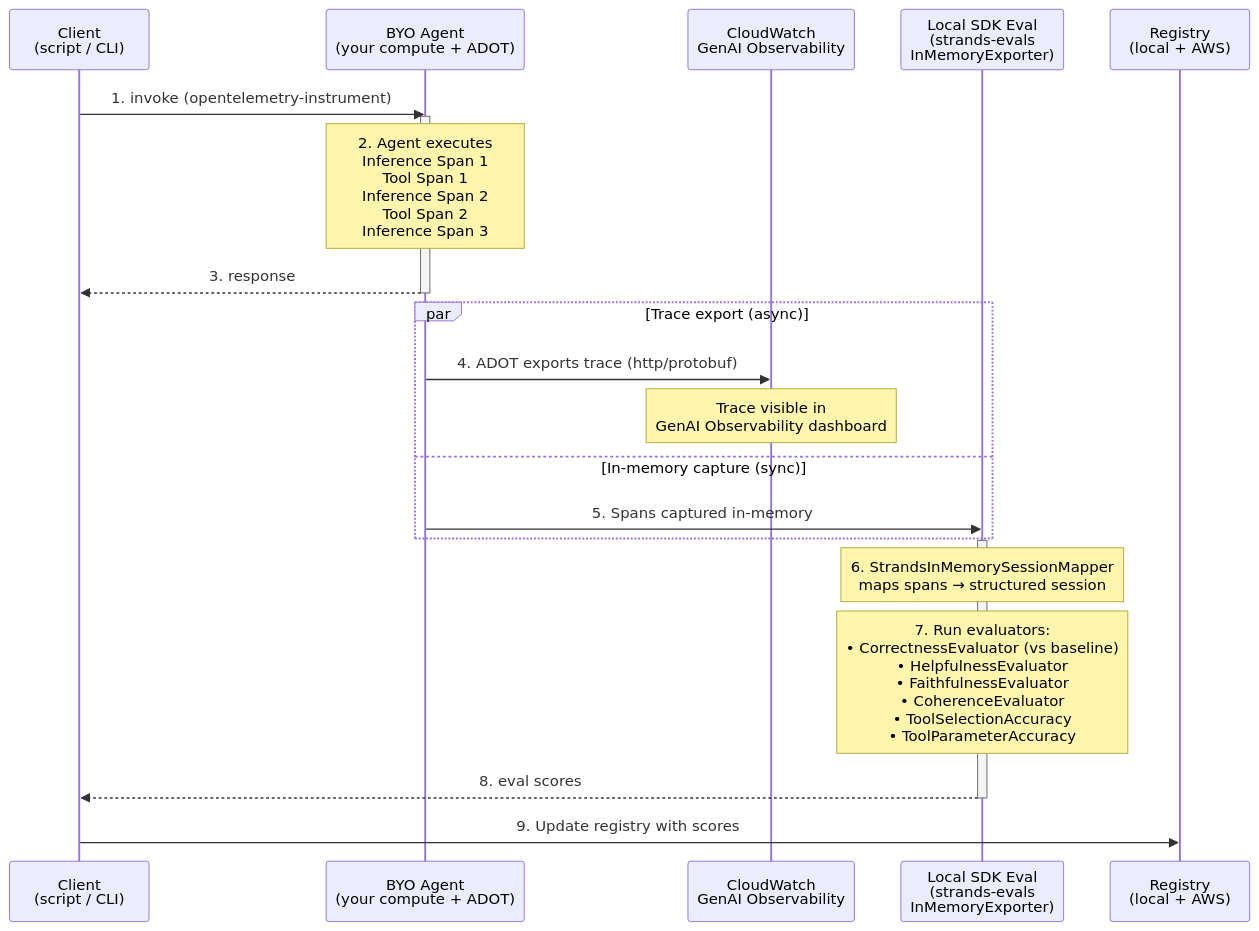
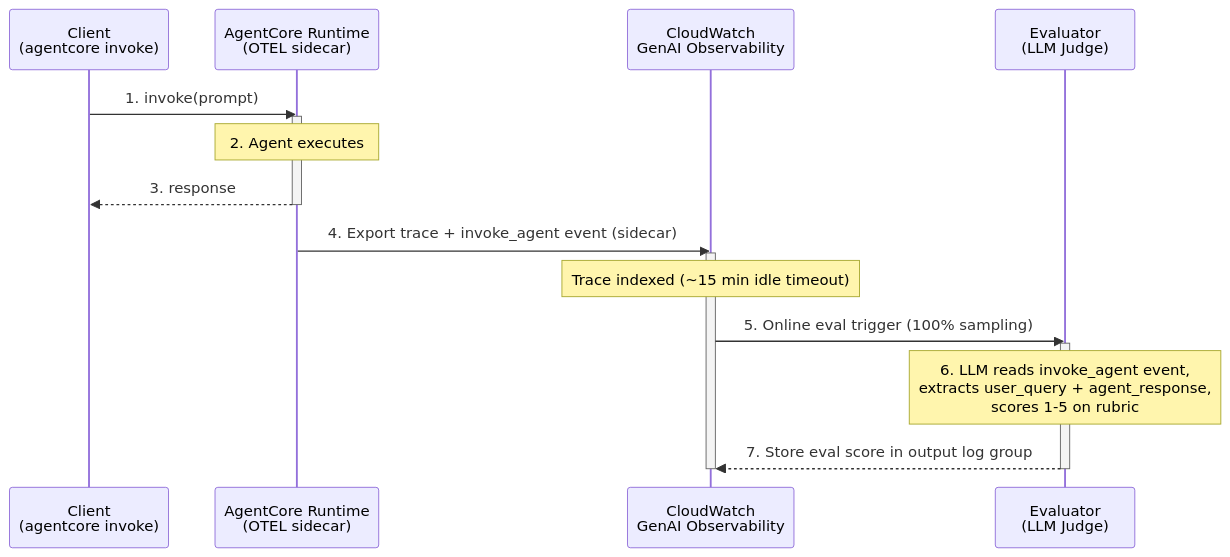
Before and after one commit to kangks/aws_agent_registry_edd: the seventh of 7 diagrams in edd-poc/EDD_architecture.md, drawn with Mermaid. The commit also changed other lines of this file and 11 other files, not shown here.

````diff
--- a/edd-poc/EDD_architecture.md
+++ b/edd-poc/EDD_architecture.md
@@ -883,33 +1187,23 @@
 ```mermaid
 sequenceDiagram
-    participant Client as Client<br/>(script / CLI)
-    participant Agent as BYO Agent<br/>(your compute + ADOT)
+    participant Client as Client<br/>(agentcore invoke)
+    participant Runtime as AgentCore Runtime<br/>(OTEL sidecar)
     participant CW as CloudWatch<br/>GenAI Observability
-    participant SDK as Local SDK Eval<br/>(strands-evals<br/>InMemoryExporter)
-    participant Reg as Registry<br/>(local + AWS)
+    participant Eval as Evaluator<br/>(LLM Judge)
 
-    Client->>Agent: 1. invoke (opentelemetry-instrument)
-    activate Agent
+    Client->>Runtime: 1. invoke(prompt)
+    activate Runtime
+    Note over Runtime: 2. Agent executes
+    Runtime-->>Client: 3. response
+    deactivate Runtime
 
-    Note over Agent: 2. Agent executes<br/>Inference Span 1<br/>Tool Span 1<br/>Inference Span 2<br/>Tool Span 2<br/>Inference Span 3
-
-    Agent-->>Client: 3. response
-    deactivate Agent
-
-    par Trace export (async)
-        Agent->>CW: 4. ADOT exports trace (http/protobuf)
-        Note over CW: Trace visible in<br/>GenAI Observability dashboard
-    and In-memory capture (sync)
-        Agent->>SDK: 5. Spans captured in-memory
-    end
-
-    activate SDK
-    Note over SDK: 6. StrandsInMemorySessionMapper<br/>maps spans → structured session
-
-    Note over SDK: 7. Run evaluators:<br/>• CorrectnessEvaluator (vs baseline)<br/>• HelpfulnessEvaluator<br/>• FaithfulnessEvaluator<br/>• CoherenceEvaluator<br/>• ToolSelectionAccuracy<br/>• ToolParameterAccuracy
-
-    SDK-->>Client: 8. eval scores
-    deactivate SDK
-
-    Client->>Reg: 9. Update registry with scores
+    Runtime->>CW: 4. Export trace + invoke_agent event (sidecar)
+    activate CW
+    Note over CW: Trace indexed (~15 min idle timeout)
+    CW->>Eval: 5. Online eval trigger (100% sampling)
+    activate Eval
+    Note over Eval: 6. LLM reads invoke_agent event,<br/>extracts user_query + agent_response,<br/>scores 1-5 on rubric
+    Eval-->>CW: 7. Store eval score in output log group
+    deactivate Eval
+    deactivate CW
 ```
````
